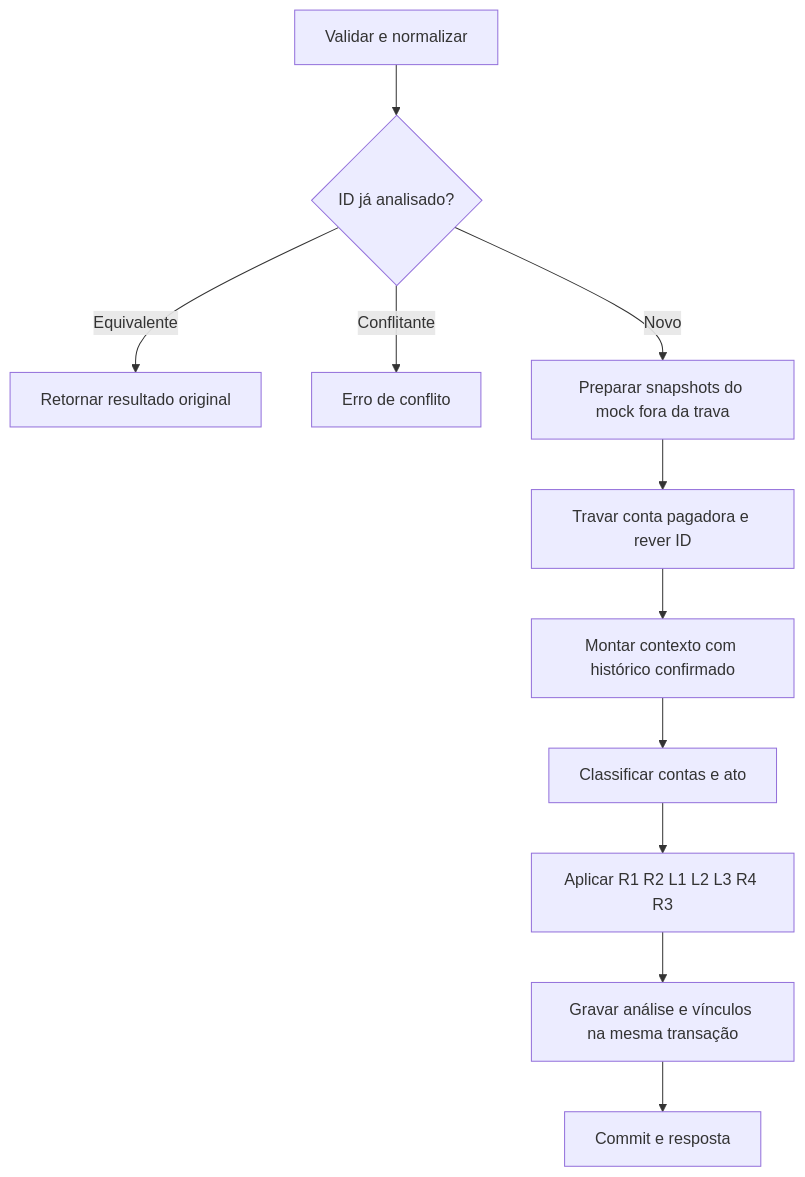
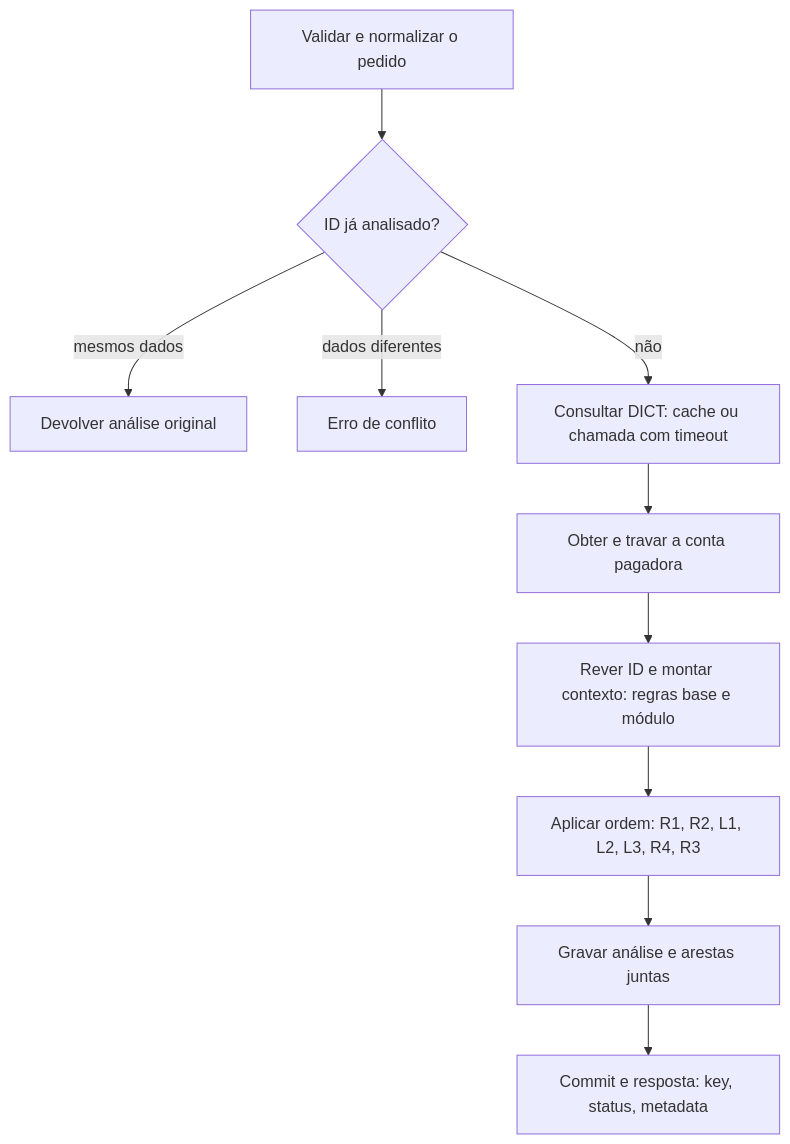
The second of 2 diagrams in docs/guia-de-desenvolvimento-v1.1.md (LuigiNakata10/antifraude-pix), drawn with Mermaid before and after one commit. The commit also changed other lines of this file and 1 other file, not shown here.

````diff
--- a/docs/guia-de-desenvolvimento-v1.1.md
+++ b/docs/guia-de-desenvolvimento-v1.1.md
@@ -110,13 +293,12 @@
 ```mermaid
 flowchart TD
-    A[Validar e normalizar] --> B{ID já analisado?}
-    B -->|Equivalente| C[Retornar resultado original]
-    B -->|Conflitante| D[Erro de conflito]
-    B -->|Novo| E[Preparar snapshots do mock fora da trava]
-    E --> F[Travar conta pagadora e rever ID]
-    F --> G[Montar contexto com histórico confirmado]
-    G --> H[Classificar contas e ato]
-    H --> I[Aplicar R1 R2 L1 L2 L3 R4 R3]
-    I --> J[Gravar análise e vínculos na mesma transação]
-    J --> K[Commit e resposta]
+    A[Validar e normalizar o pedido] --> B{ID já analisado?}
+    B -->|mesmos dados| C[Devolver análise original]
+    B -->|dados diferentes| D[Erro de conflito]
+    B -->|não| X[Consultar DICT: cache ou chamada com timeout]
+    X --> E[Obter e travar a conta pagadora]
+    E --> F[Rever ID e montar contexto: regras base e módulo]
+    F --> G[Aplicar ordem: R1, R2, L1, L2, L3, R4, R3]
+    G --> H[Gravar análise e arestas juntas]
+    H --> I[Commit e resposta: key, status, metadata]
 ```
````
